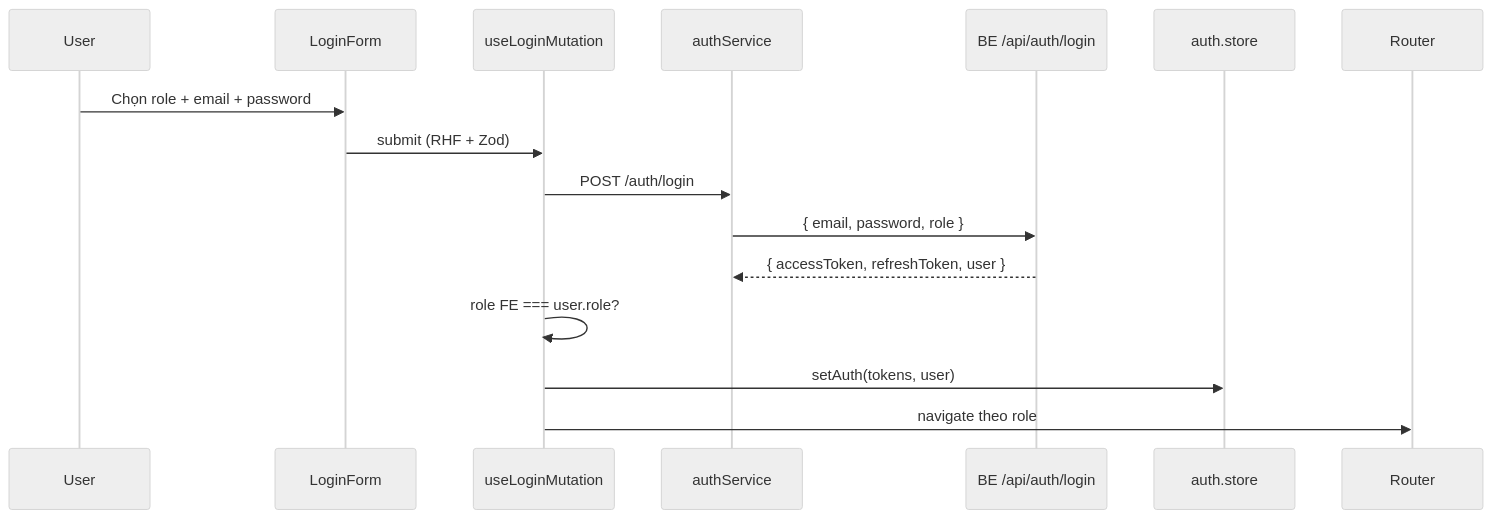
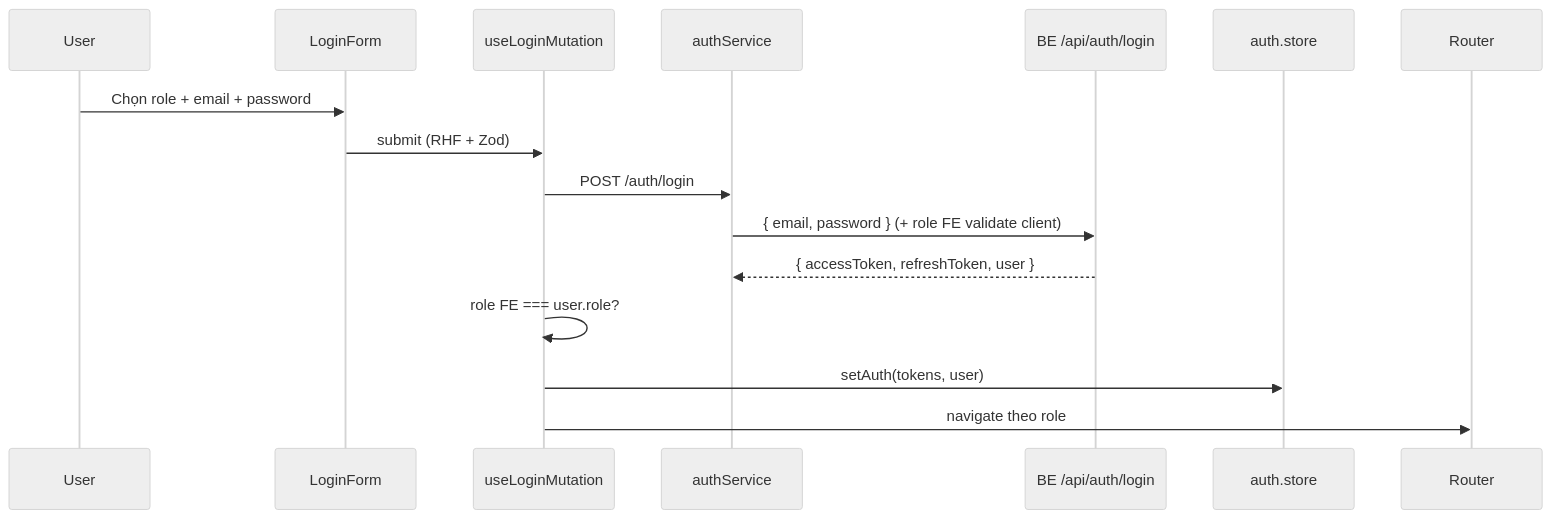
One commit to DarkEmperor16/GROUP_PROJECT_OJT changed the first of 2 diagrams in FE/README.md. Above: the diagram before and after it, drawn with Mermaid (neutral theme). The commit also changed other lines of this file and 1 other file, not shown here.

First line of the commit message:
docs(fe-auth): update README for dev, BE integration, and student routes

````diff
--- a/FE/README.md
+++ b/FE/README.md
@@ -103,19 +130,19 @@
 ```mermaid
 sequenceDiagram
     participant User
     participant LoginForm
     participant useLoginMutation
     participant authService
     participant BE as BE /api/auth/login
     participant Zustand as auth.store
     participant Router
 
     User->>LoginForm: Chọn role + email + password
     LoginForm->>useLoginMutation: submit (RHF + Zod)
     useLoginMutation->>authService: POST /auth/login
-    authService->>BE: { email, password, role }
+    authService->>BE: { email, password } (+ role FE validate client)
     BE-->>authService: { accessToken, refreshToken, user }
     useLoginMutation->>useLoginMutation: role FE === user.role?
     useLoginMutation->>Zustand: setAuth(tokens, user)
     useLoginMutation->>Router: navigate theo role
 ```
````
